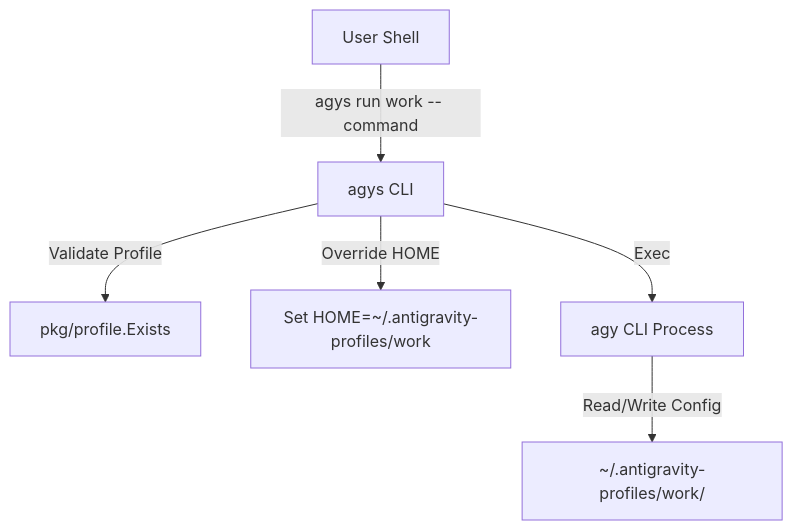
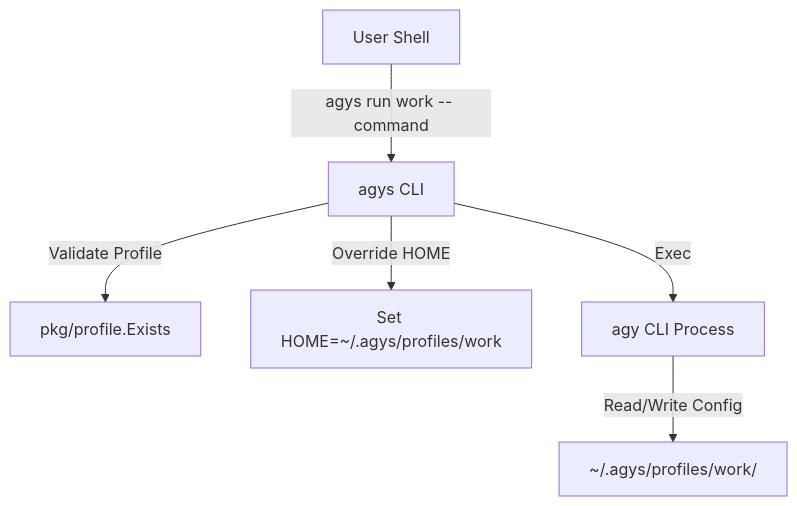
One commit to quaywin/agys changed the diagram in README.md. Above: the diagram before and after it, drawn with Mermaid. The commit also changed other lines of this file and 14 other files, not shown here.

````diff
--- a/README.md
+++ b/README.md
@@ -136,8 +191,8 @@
 ```mermaid
 graph TD
     User[User Shell] -->|agys run work -- command| AGYS[agys CLI]
     AGYS -->|Validate Profile| Check[pkg/profile.Exists]
-    AGYS -->|Override HOME| Env[Set HOME=~/.antigravity-profiles/work]
+    AGYS -->|Override HOME| Env[Set HOME=~/.agys/profiles/work]
     AGYS -->|Exec| AGY[agy CLI Process]
-    AGY -->|Read/Write Config| Dir[~/.antigravity-profiles/work/]
+    AGY -->|Read/Write Config| Dir[~/.agys/profiles/work/]
 ```
````
